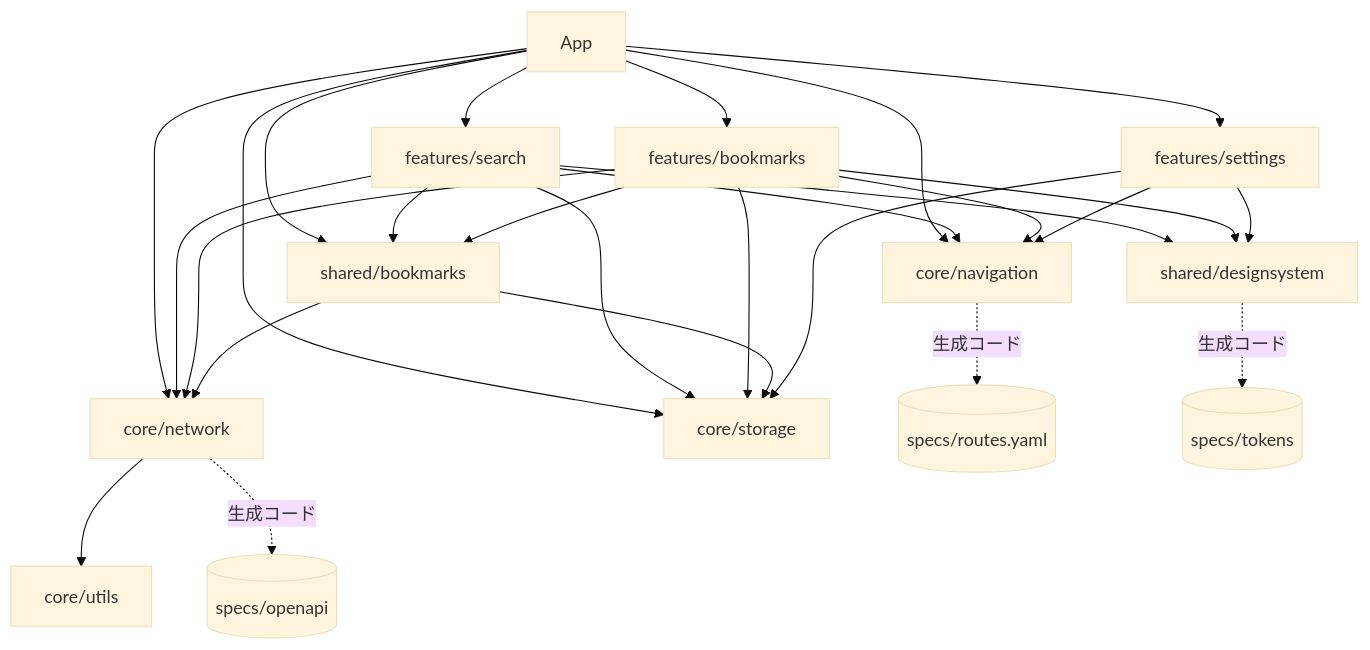
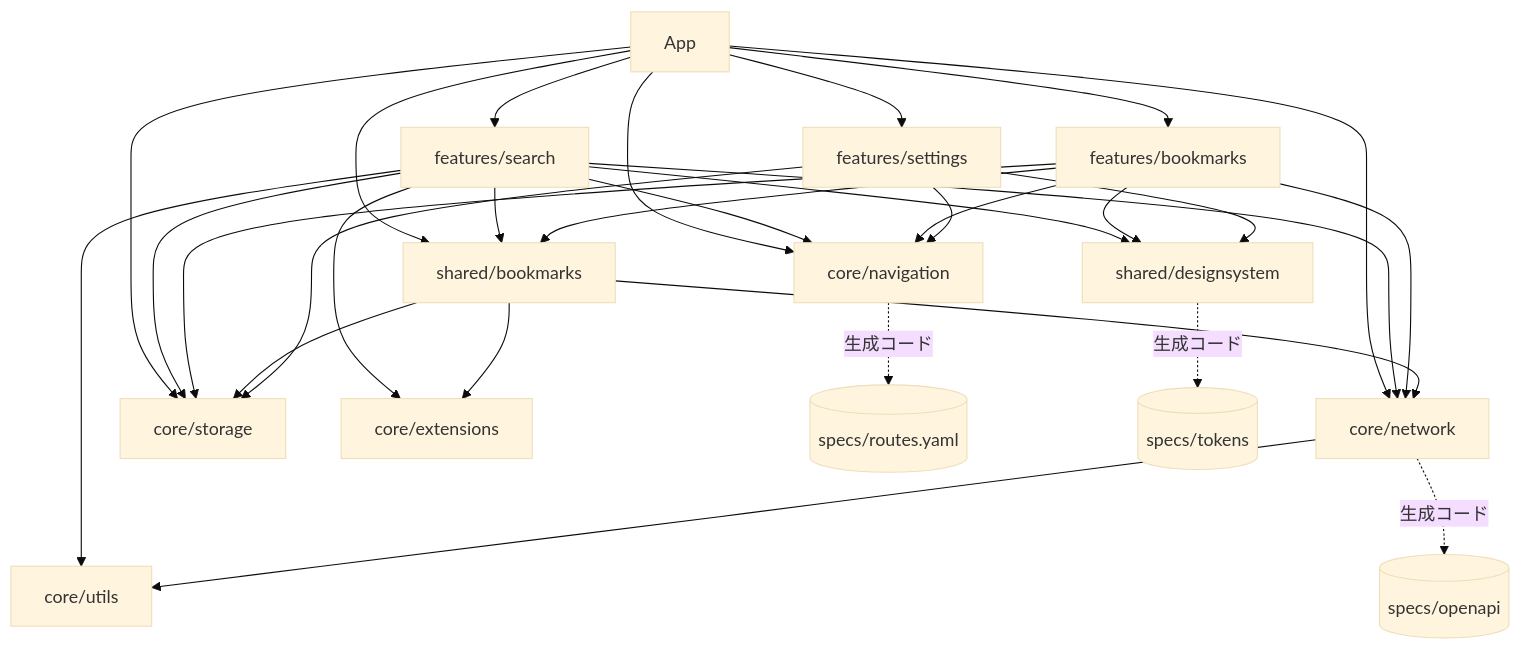
Before and after one commit to imk1t/native-sync-template: the second of 2 diagrams in README.md, drawn with Mermaid (base theme). The commit also changed other lines of this file and 58 other files, not shown here.

````diff
--- a/README.md
+++ b/README.md
@@ -151,29 +156,32 @@
 ```mermaid
 flowchart TD
     app["App"] --> search["features/search"]
     app --> saved["features/bookmarks"]
     app --> settings["features/settings"]
     app --> bookmarks["shared/bookmarks"]
     app --> network["core/network"]
     app --> navigation["core/navigation"]
     app --> storage["core/storage"]
     search --> bookmarks
     search --> network
     search --> navigation
     search --> storage
     search --> designsystem["shared/designsystem"]
+    search --> utils["core/utils"]
+    search --> extensions["core/extensions"]
     saved --> bookmarks
     saved --> network
     saved --> navigation
     saved --> storage
     saved --> designsystem
     bookmarks --> storage
     bookmarks --> network
+    bookmarks --> extensions
     settings --> storage
     settings --> navigation
     settings --> designsystem
     network --> utils["core/utils"]
     network -.->|生成コード| openapi[("specs/openapi")]
     navigation -.->|生成コード| routes[("specs/routes.yaml")]
     designsystem -.->|生成コード| tokens[("specs/tokens")]
 ```
````
